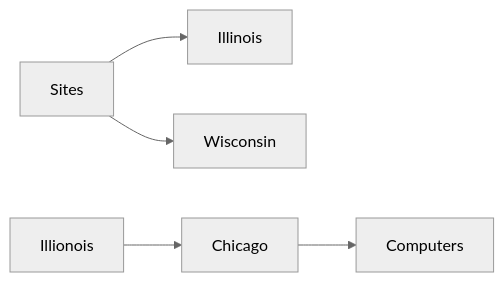
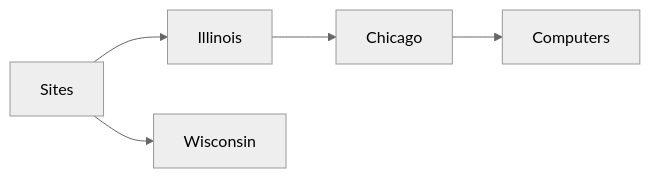
Before and after one commit to emerconnelly/sysadmin: the diagram in powershell-scripts/Move-ComputersByStateSiteCode/README.md, drawn with Mermaid (neutral theme).

````diff
--- a/powershell-scripts/Move-ComputersByStateSiteCode/README.md
+++ b/powershell-scripts/Move-ComputersByStateSiteCode/README.md
@@ -24,7 +24,7 @@
 ```mermaid
 flowchart LR
     Sites --> Illinois
-      Illionois --> Chicago
+      Illinois --> Chicago
         Chicago --> Computers
     Sites --> Wisconsin
 ```
````
